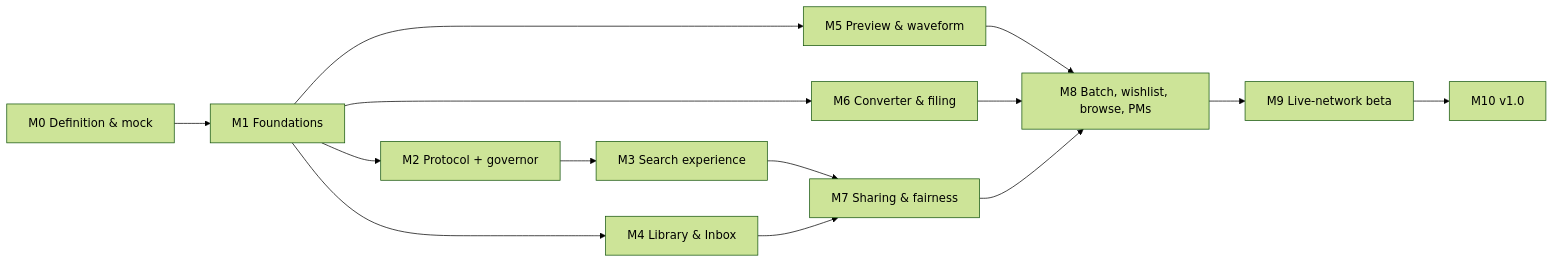
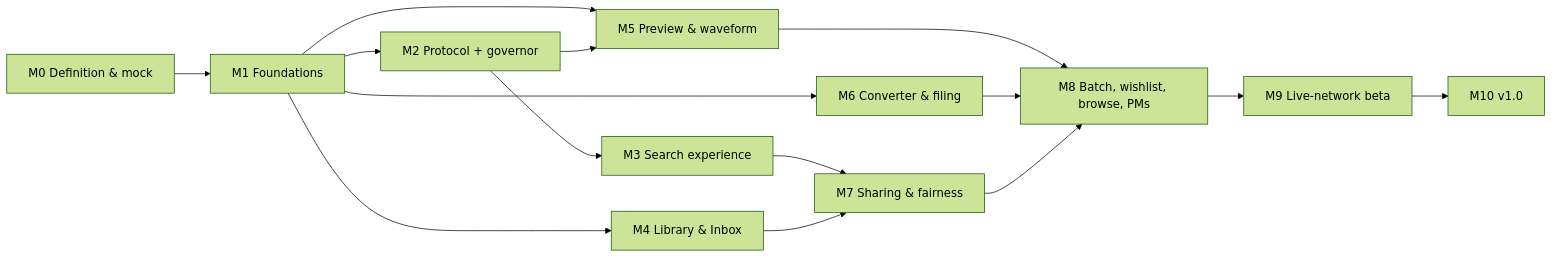
Before and after one commit to usr-ein/selecta: the second of 2 diagrams in docs/PLAN.md, drawn with Mermaid (forest theme). The commit also changed other lines of this file and 2 other files, not shown here.

````diff
--- a/docs/PLAN.md
+++ b/docs/PLAN.md
@@ -133,16 +137,17 @@
 ```mermaid
 flowchart LR
   M0[M0 Definition & mock] --> M1[M1 Foundations]
   M1 --> M2[M2 Protocol + governor]
   M2 --> M3[M3 Search experience]
   M1 --> M4[M4 Library & Inbox]
   M1 --> M5[M5 Preview & waveform]
+  M2 --> M5
   M1 --> M6[M6 Converter & filing]
   M3 --> M7[M7 Sharing & fairness]
   M4 --> M7
   M5 --> M8[M8 Batch, wishlist, browse, PMs]
   M6 --> M8
   M7 --> M8
   M8 --> M9[M9 Live-network beta]
   M9 --> M10[M10 v1.0]
 ```
````
